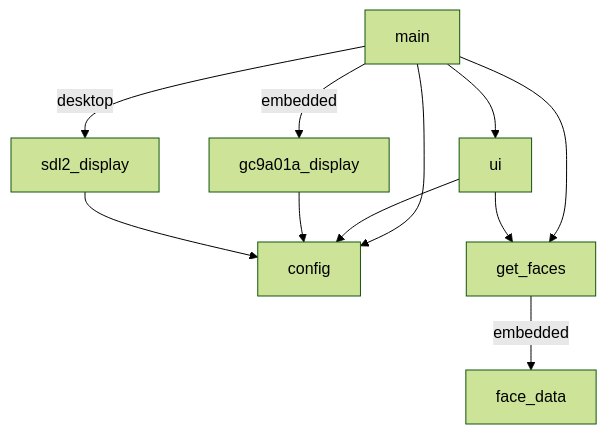
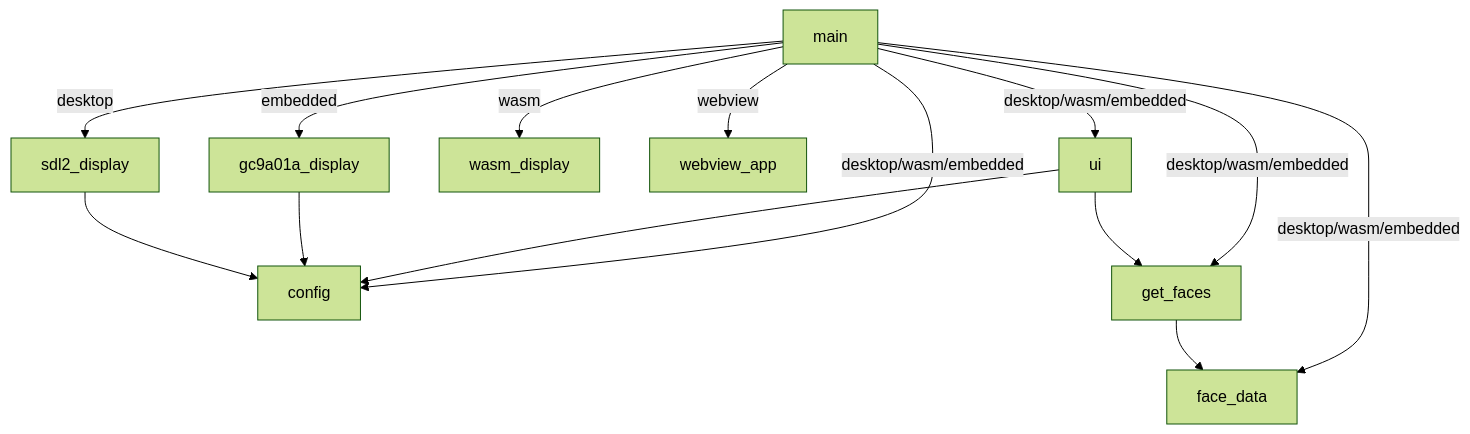
Before and after one commit to zapplebee/lilbud: the first of 5 diagrams in README.md, drawn with Mermaid (forest theme). The commit also changed other lines of this file, not shown here.

````diff
--- a/README.md
+++ b/README.md
@@ -94,13 +113,16 @@
 ```mermaid
 graph TD
-    main --> config
-    main --> ui
-    main --> get_faces
+    main -->|desktop/wasm/embedded| config
+    main -->|desktop/wasm/embedded| ui
+    main -->|desktop/wasm/embedded| get_faces
+    main -->|desktop/wasm/embedded| face_data
+    main -->|desktop| sdl2_display
+    main -->|wasm| wasm_display
+    main -->|webview| webview_app
     main -->|embedded| gc9a01a_display
-    main -->|desktop| sdl2_display
     ui --> config
     ui --> get_faces
-    get_faces -->|embedded| face_data
+    get_faces --> face_data
     gc9a01a_display --> config
     sdl2_display --> config
 ```
````
